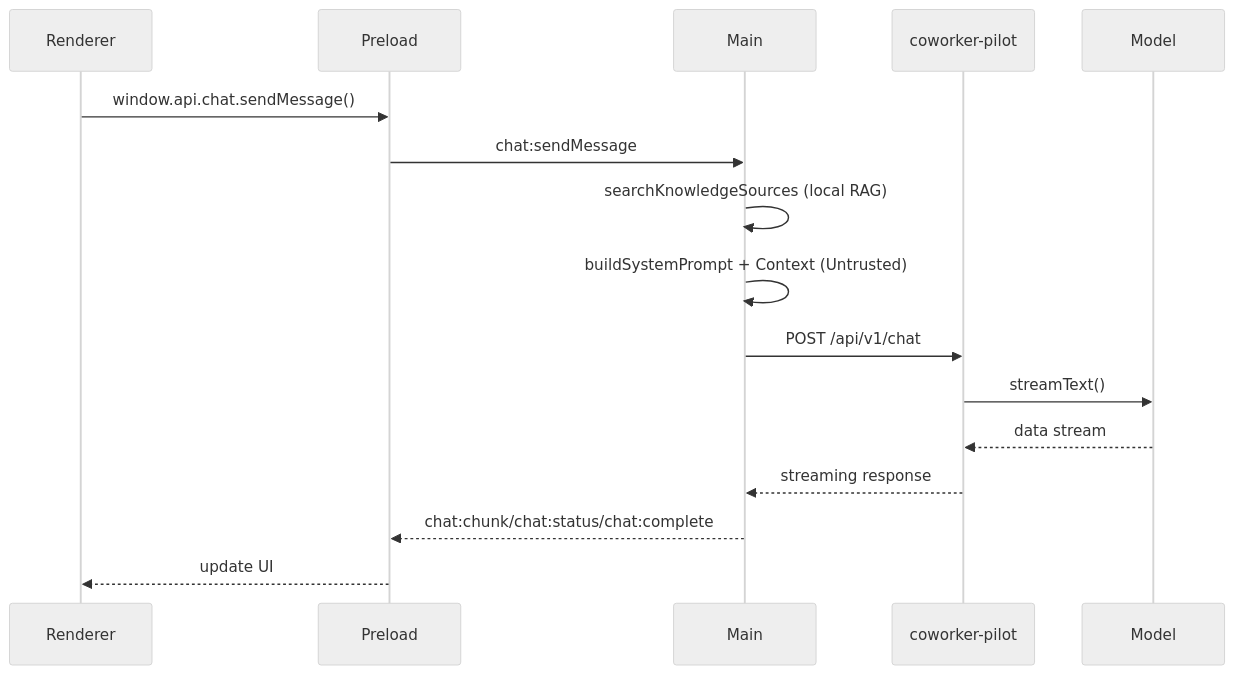
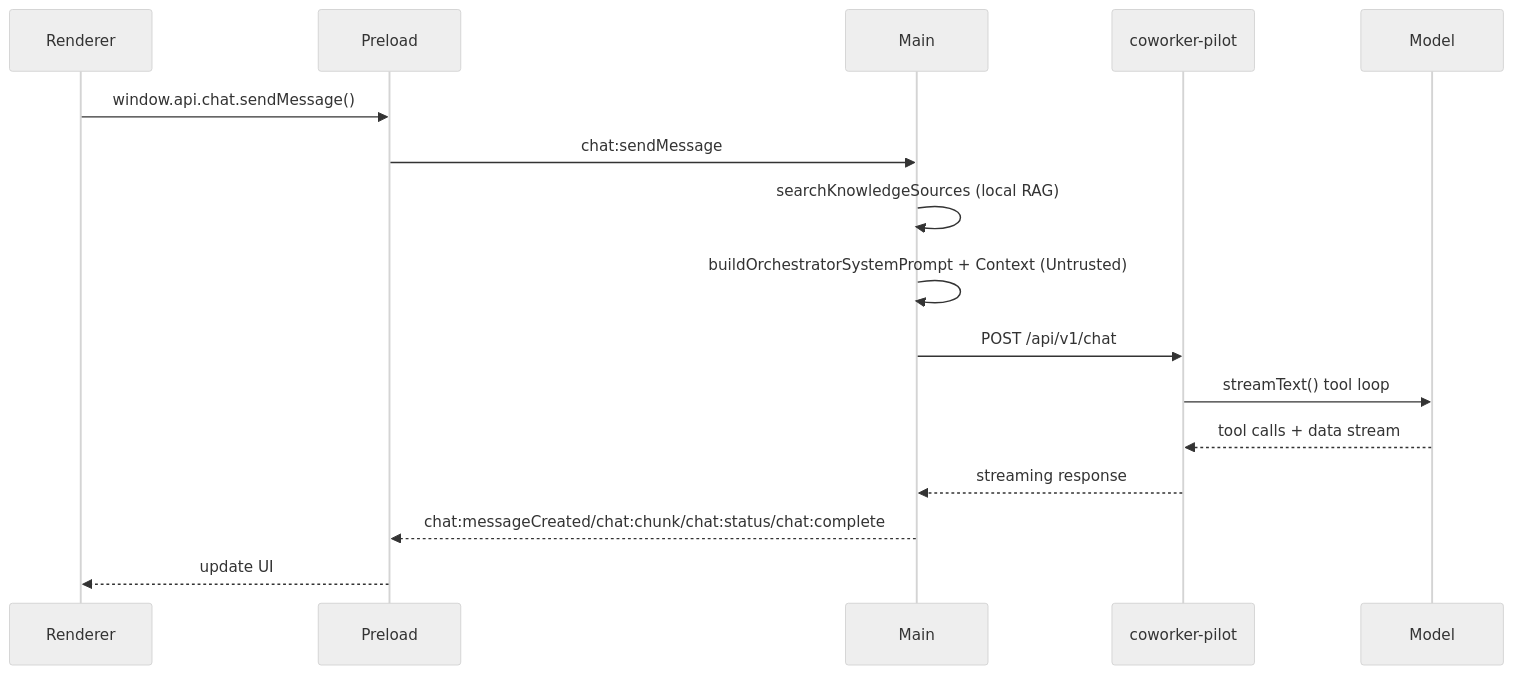
The diagram in docs/techical_summary.md (alecmccauley/coworker), drawn with Mermaid (neutral theme) before and after one commit. The commit also changed other lines of this file and 10 other files, not shown here.

First line of the commit message:
Implement coworker orchestration and enhance chat message handling

````diff
--- a/docs/techical_summary.md
+++ b/docs/techical_summary.md
@@ -140,19 +140,19 @@
 ```mermaid
 sequenceDiagram
   participant Renderer
   participant Preload
   participant Main
   participant API as coworker-pilot
   participant Model
 
   Renderer->>Preload: window.api.chat.sendMessage()
   Preload->>Main: chat:sendMessage
   Main->>Main: searchKnowledgeSources (local RAG)
-  Main->>Main: buildSystemPrompt + Context (Untrusted)
+  Main->>Main: buildOrchestratorSystemPrompt + Context (Untrusted)
   Main->>API: POST /api/v1/chat
-  API->>Model: streamText()
-  Model-->>API: data stream
+  API->>Model: streamText() tool loop
+  Model-->>API: tool calls + data stream
   API-->>Main: streaming response
-  Main-->>Preload: chat:chunk/chat:status/chat:complete
+  Main-->>Preload: chat:messageCreated/chat:chunk/chat:status/chat:complete
   Preload-->>Renderer: update UI
 ```
````
